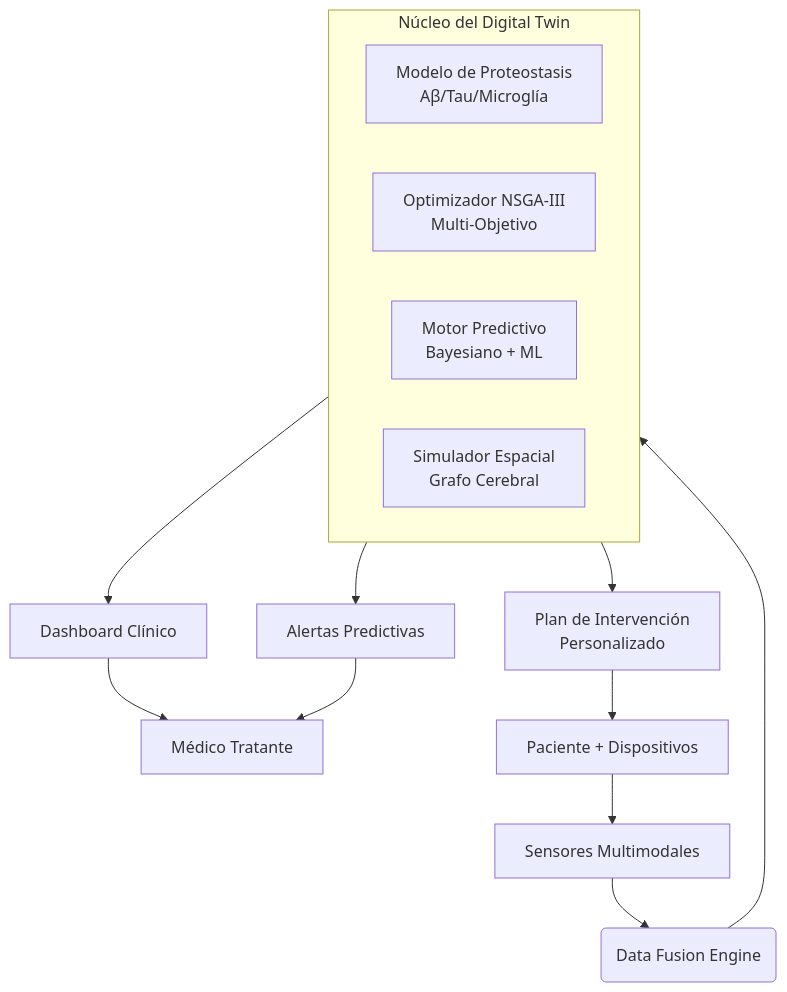
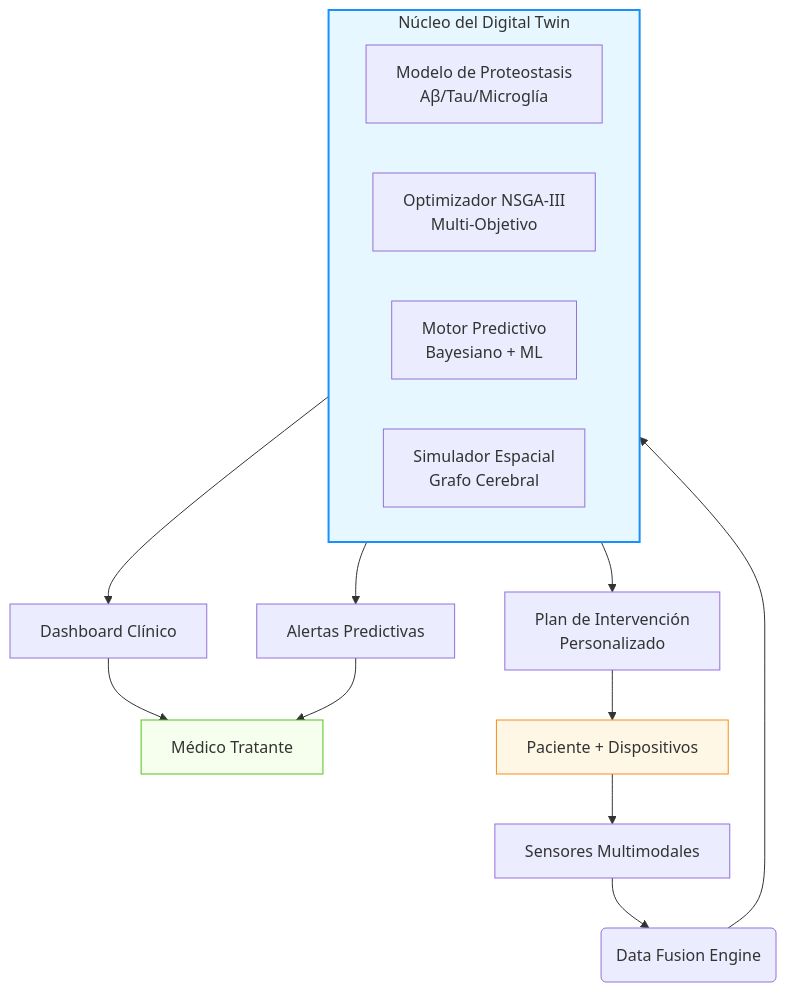
One commit to rikechacon/alzheimer-digital-twin changed the diagram in README.md. Above: the diagram before and after it, drawn with Mermaid. The commit also changed other lines of this file, not shown here.

````diff
--- a/README.md
+++ b/README.md
@@ -61,22 +61,26 @@
 ```mermaid
 flowchart TD
     A[Sensores Multimodales] --> B(Data Fusion Engine)
     B --> C{Alzheimer Digital Twin}
     
     subgraph C [Núcleo del Digital Twin]
         C1[Modelo de Proteostasis<br>Aβ/Tau/Microglía]
         C2[Optimizador NSGA-III<br>Multi-Objetivo]
         C3[Motor Predictivo<br>Bayesiano + ML]
         C4[Simulador Espacial<br>Grafo Cerebral]
     end
     
     C --> D[Dashboard Clínico]
     C --> E[Alertas Predictivas]
     C --> F[Plan de Intervención<br>Personalizado]
     
     D --> G[Médico Tratante]
     E --> G
     F --> H[Paciente + Dispositivos]
     
     H --> A
+    
+    style C fill:#e6f7ff,stroke:#1890ff,stroke-width:2px
+    style G fill:#f6ffed,stroke:#52c41a
+    style H fill:#fff7e6,stroke:#fa8c16
 ```
````
